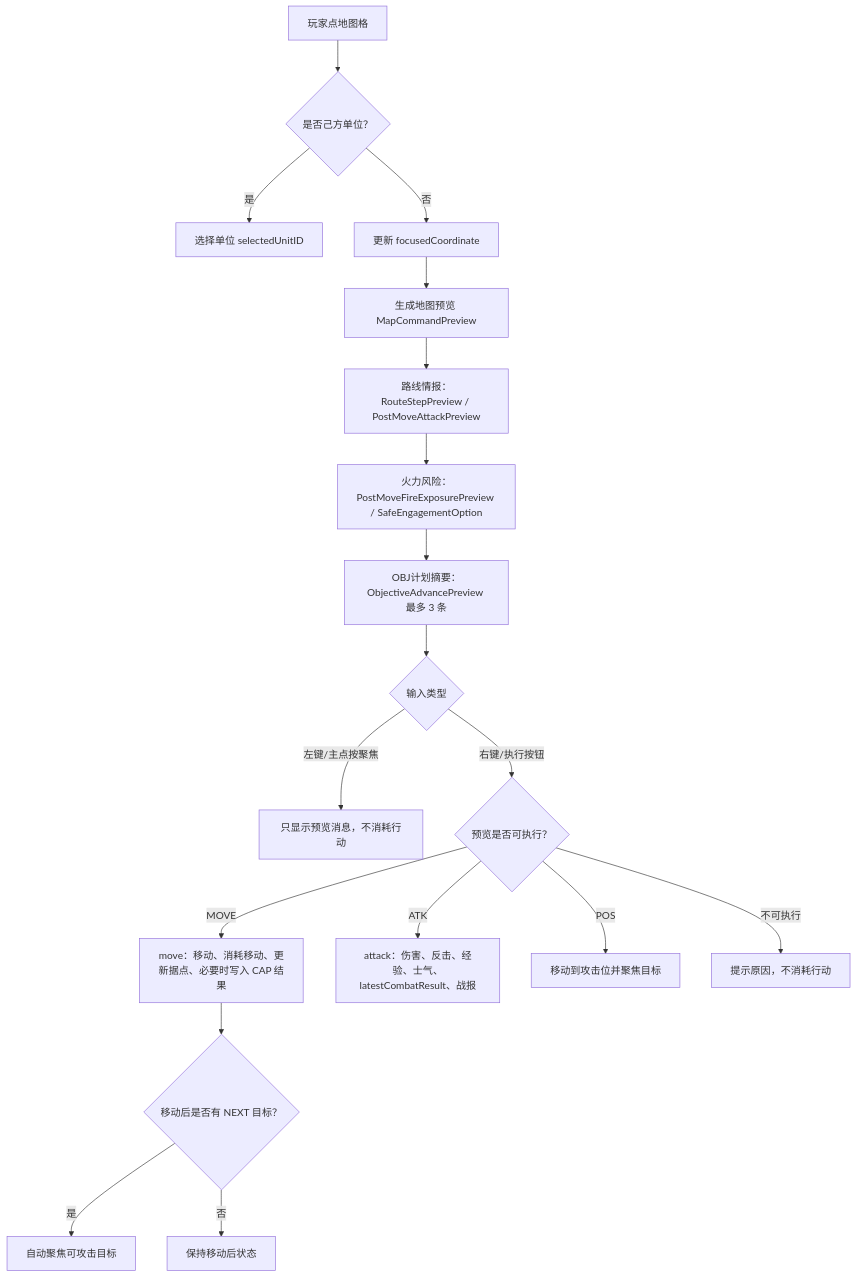
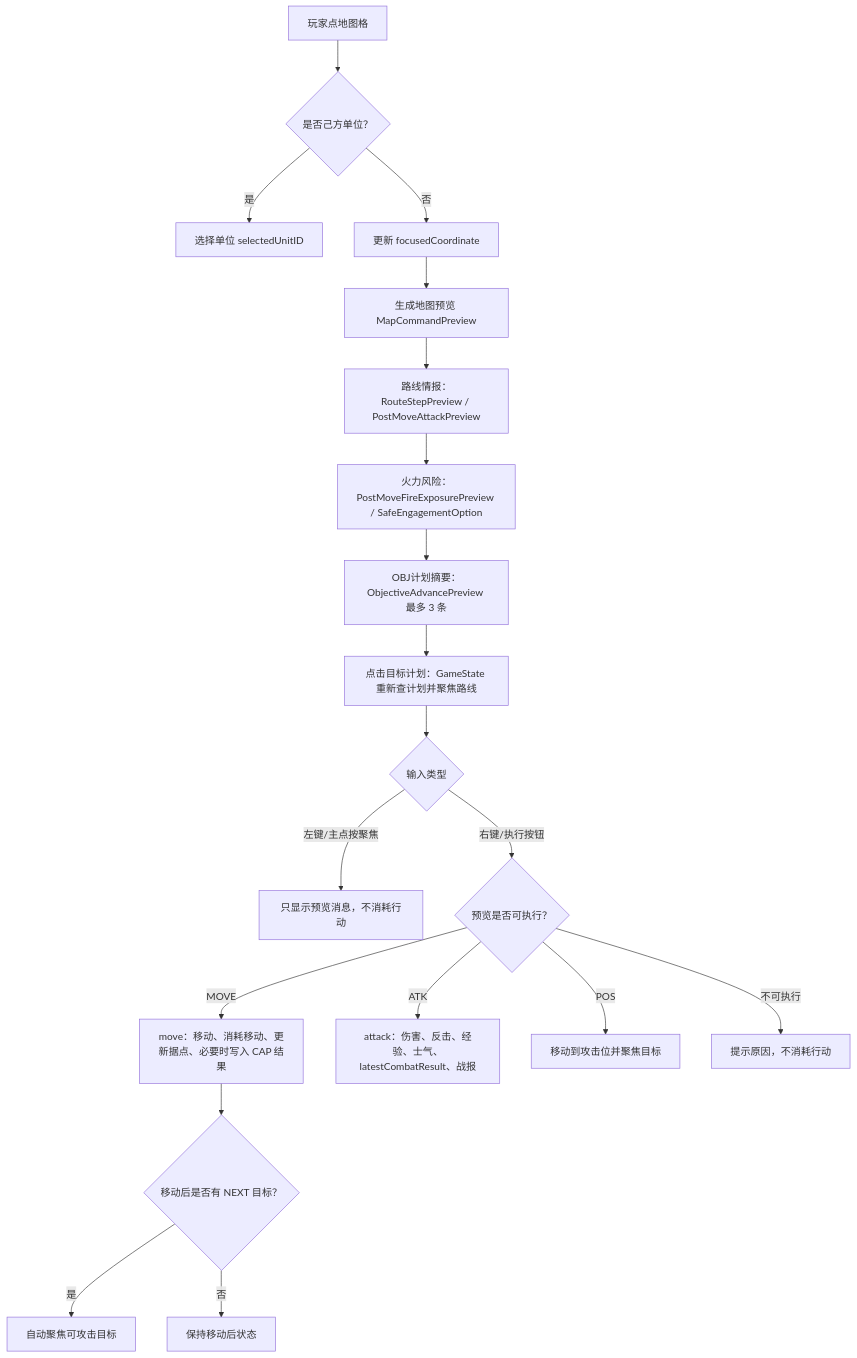
Before and after one commit to Altman-sam114/116: the second of 5 diagrams in md/flow/flowchart.md, drawn with Mermaid. The commit also changed other lines of this file and 9 other files, not shown here.

````diff
--- a/md/flow/flowchart.md
+++ b/md/flow/flowchart.md
@@ -26,20 +26,21 @@
 ```mermaid
 flowchart TD
   A["玩家点地图格"] --> B{"是否己方单位？"}
   B -->|是| C["选择单位 selectedUnitID"]
   B -->|否| D["更新 focusedCoordinate"]
   D --> E["生成地图预览 MapCommandPreview"]
   E --> R["路线情报：RouteStepPreview / PostMoveAttackPreview"]
   R --> X["火力风险：PostMoveFireExposurePreview / SafeEngagementOption"]
   X --> OP["OBJ计划摘要：ObjectiveAdvancePreview 最多 3 条"]
-  OP --> F{"输入类型"}
+  OP --> OC["点击目标计划：GameState 重新查计划并聚焦路线"]
+  OC --> F{"输入类型"}
   F -->|左键/主点按聚焦| G["只显示预览消息，不消耗行动"]
   F -->|右键/执行按钮| H{"预览是否可执行？"}
   H -->|MOVE| I["move：移动、消耗移动、更新据点、必要时写入 CAP 结果"]
   H -->|ATK| J["attack：伤害、反击、经验、士气、latestCombatResult、战报"]
   H -->|POS| K["移动到攻击位并聚焦目标"]
   H -->|不可执行| L["提示原因，不消耗行动"]
   I --> M{"移动后是否有 NEXT 目标？"}
   M -->|是| N["自动聚焦可攻击目标"]
   M -->|否| O["保持移动后状态"]
 ```
````
